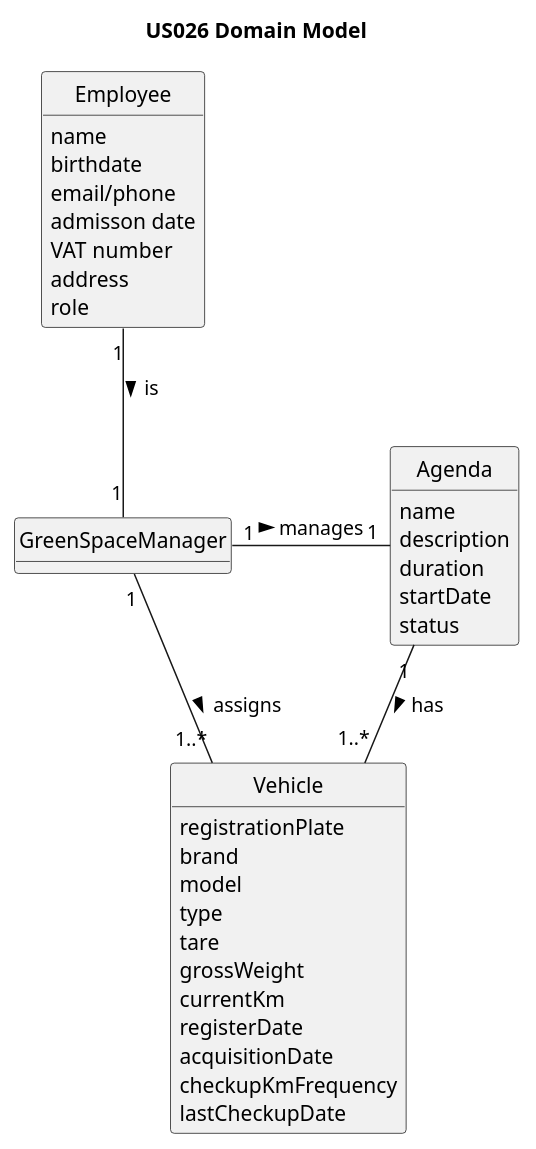
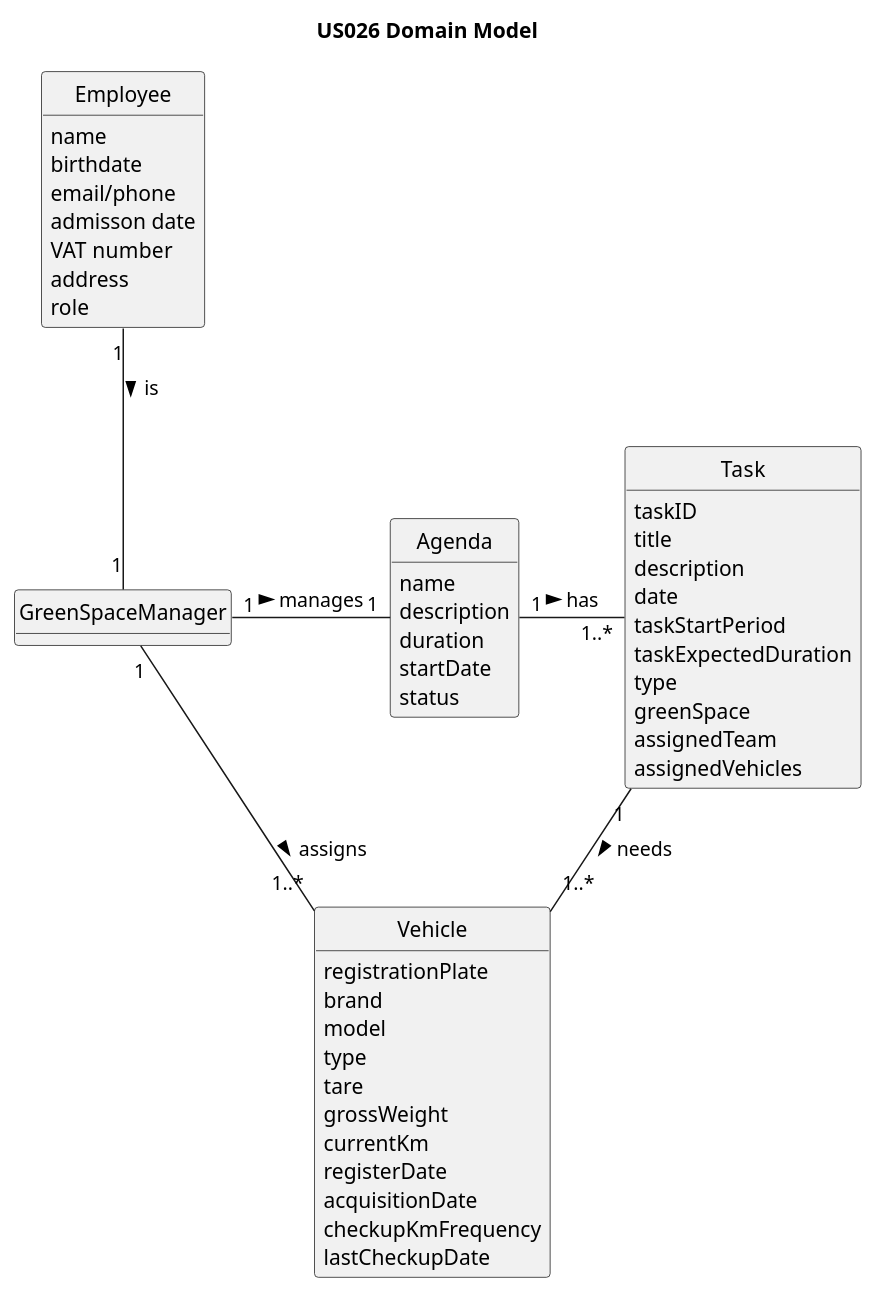
One commit to LopemigueISEP/lei-24-s2-1nb-g312 changed the diagram in docs/sprintC/US026/02.analysis/puml/us026-domain-model.puml. Above: the diagram before and after it, drawn with PlantUML. The commit also changed 1 other file, not shown here.

```diff
--- a/docs/sprintC/US026/02.analysis/puml/us026-domain-model.puml
+++ b/docs/sprintC/US026/02.analysis/puml/us026-domain-model.puml
@@ -1,61 +1,75 @@
 @startuml
 skinparam monochrome true
 skinparam packageStyle rectangle
 skinparam shadowing false
 
 'left to right direction
 
 skinparam classAttributeIconSize 0
 
 hide circle
 hide methods
 
 title US026 Domain Model
 
 'class Platform {
 '  -description
 '}
 
 class Employee {
     name
     birthdate
     email/phone
     admisson date
     VAT number
     address
     role
 }
 
 class Vehicle{
     registrationPlate
     brand
     model
     type
     tare
     grossWeight
     currentKm
     registerDate
     acquisitionDate
     checkupKmFrequency
     lastCheckupDate
 }
 
 class GreenSpaceManager{
 +addVehicleToAgendaEntry()
 
 }
 
 class Agenda{
     name
     description
     duration
     startDate
     status
 }
 
+class Task {
+    taskID
+    title
+    description
+    date
+    taskStartPeriod
+    taskExpectedDuration
+    type
+    greenSpace
+    assignedTeam
+    assignedVehicles
+}
+
 Employee "1" -- "1" GreenSpaceManager : is >
-GreenSpaceManager "1" - "1..*" Vehicle : assigns >
-Agenda "1" -- "1..*" Vehicle : has >
+GreenSpaceManager "1" -- "1..*" Vehicle : assigns >
+Agenda "1" - "1..*" Task : has >
+Task "1" -- "1..*" Vehicle : needs >
 GreenSpaceManager "1" - "1" Agenda : manages >
 
 @enduml
```
